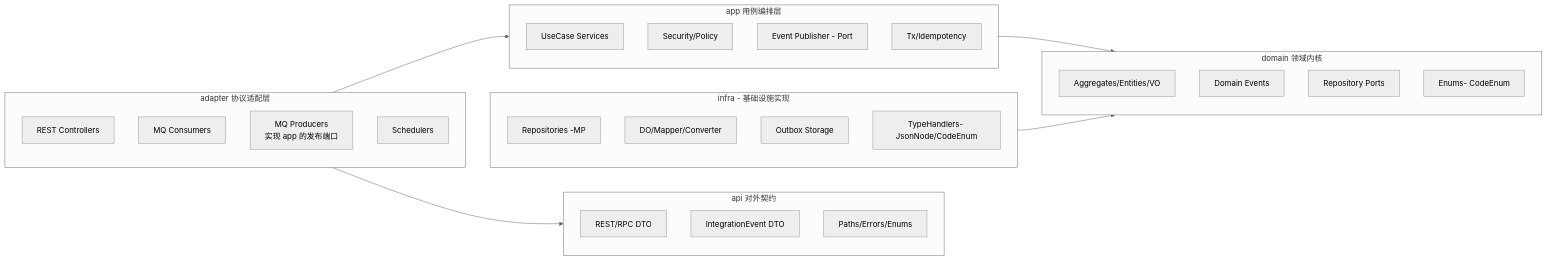
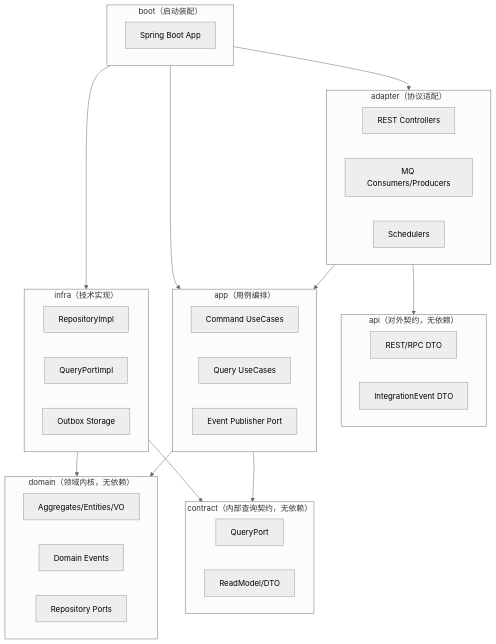
The first of 4 diagrams in patra-api/patra-registry/readme.md (linqibin0826/patra), drawn with Mermaid (neutral theme) before and after one commit. The commit also changed other lines of this file and 92 other files, not shown here.

````diff
--- a/patra-api/patra-registry/readme.md
+++ b/patra-api/patra-registry/readme.md
@@ -240,47 +207,57 @@
 ```mermaid
-flowchart LR
-  subgraph API[api  对外契约]
-    API1[REST/RPC DTO]
-    API2[IntegrationEvent DTO]
-    API3[Paths/Errors/Enums]
-  end
+flowchart TD
+%% 约定：A --> B 表示 A 依赖 B（编译期依赖）
 
-  subgraph ADAPTER[adapter 协议适配层]
-    A1[REST Controllers]
-    A2[MQ Consumers]
-    A3[MQ Producers<br/> 实现 app 的发布端口]
-    A4[Schedulers]
-  end
+subgraph API[api（对外契约，无依赖）]
+API1[REST/RPC DTO]
+API2[IntegrationEvent DTO]
+end
 
-  subgraph APP[app  用例编排层]
-    P1[UseCase Services]
-    P2[Security/Policy]
-    P3[Event Publisher - Port]
-    P4[Tx/Idempotency]
-  end
+subgraph CONTRACT[contract（内部查询契约，无依赖）]
+C1[QueryPort]
+C2[ReadModel/DTO]
+end
 
-  subgraph DOMAIN[domain  领域内核]
-    D1[Aggregates/Entities/VO]
-    D2[Domain Events]
-    D3[Repository Ports]
-    D4[Enums- CodeEnum]
-  end
+subgraph DOMAIN[domain（领域内核，无依赖）]
+D1[Aggregates/Entities/VO]
+D2[Domain Events]
+D3[Repository Ports]
+end
 
-  subgraph INFRA[infra - 基础设施实现]
-    I1[Repositories -MP]
-    I2[DO/Mapper/Converter]
-    I3[Outbox Storage]
-    I4[TypeHandlers- JsonNode/CodeEnum]
-  end
+subgraph APP[app（用例编排）]
+P1[Command UseCases]
+P2[Query UseCases]
+P3[Event Publisher Port]
+end
 
-  %% 依赖箭头：外向内，保持向心
-  ADAPTER --> APP
-  ADAPTER --> API
-  APP --> DOMAIN
-  INFRA --> DOMAIN
+subgraph INFRA[infra（技术实现）]
+I1[RepositoryImpl]
+I2[QueryPortImpl]
+I3[Outbox Storage]
+end
 
-  %% 备注
-  classDef thin fill:#0b0,stroke:#0b0,stroke-width:0px,color:#fff;
+subgraph ADAPTER[adapter（协议适配）]
+A1[REST Controllers]
+A2[MQ Consumers/Producers]
+A3[Schedulers]
+end
 
+subgraph BOOT[boot（启动装配）]
+B1[Spring Boot App]
+end
+
+%% 依赖边（A 依赖 B）
+ADAPTER --> APP
+ADAPTER --> API
+
+APP --> DOMAIN
+APP --> CONTRACT
+
+INFRA --> DOMAIN
+INFRA --> CONTRACT
+
+BOOT --> ADAPTER
+BOOT --> APP
+BOOT --> INFRA
 
 ```
````
